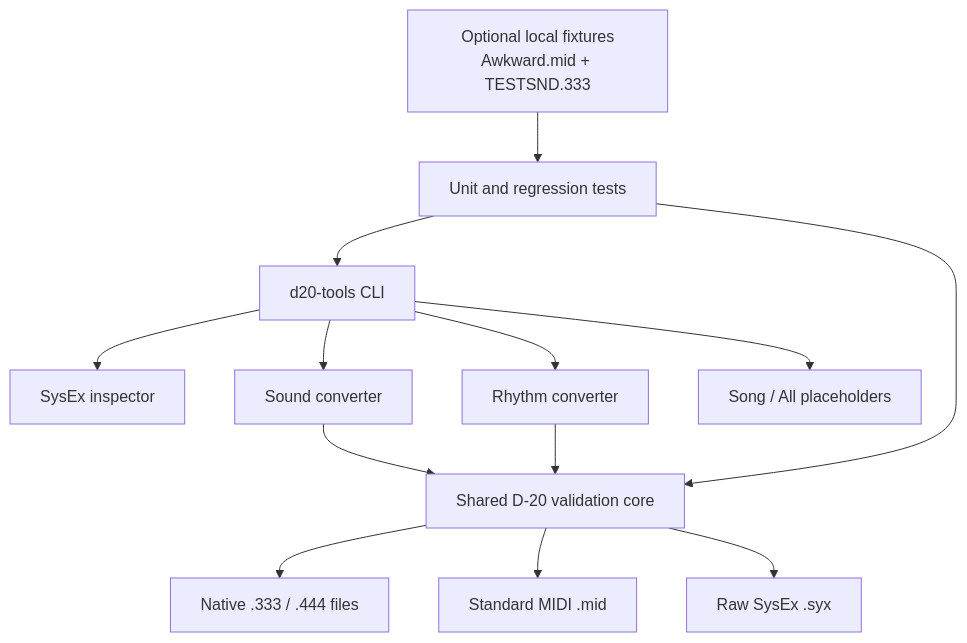
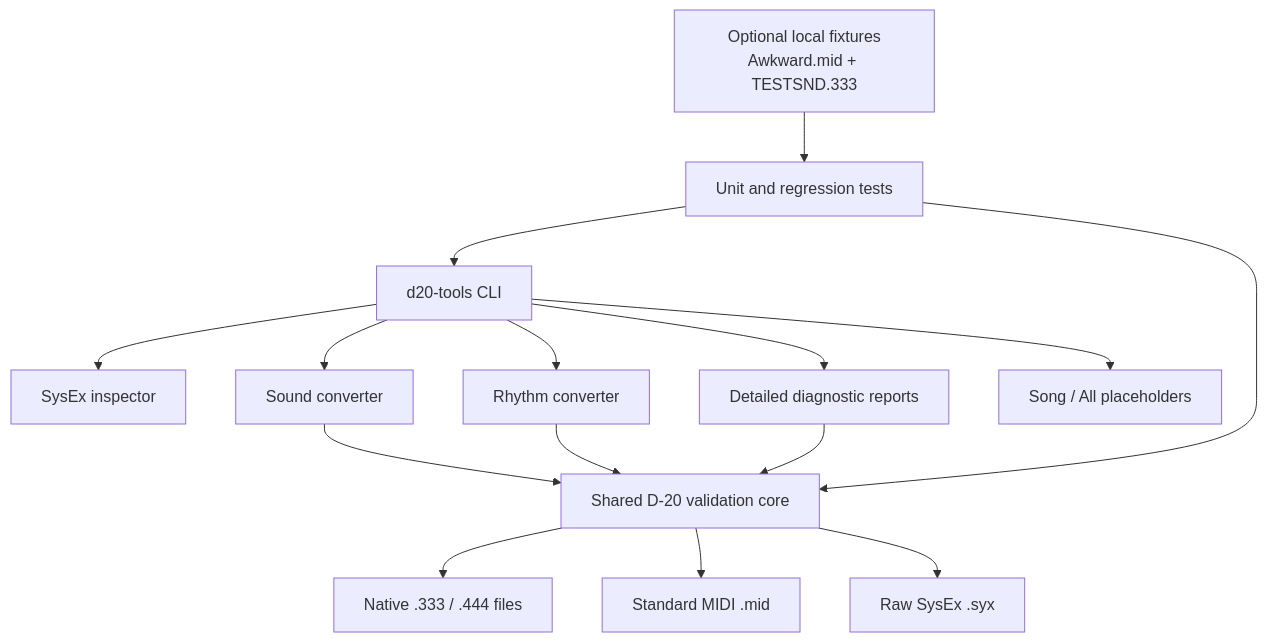
The diagram in docs/architecture.md (rjburrows/roland-d20-tools), drawn with Mermaid before and after one commit. The commit also changed other lines of this file and 9 other files, not shown here.

Commit message:
Add detailed D-20 diagnostic reports and address map

````diff
--- a/docs/architecture.md
+++ b/docs/architecture.md
@@ -3,15 +3,17 @@
 ```mermaid
 flowchart TD
     CLI[d20-tools CLI] --> I[SysEx inspector]
+    CLI --> D[Detailed diagnostic reports]
     CLI --> S[Sound converter]
     CLI --> R[Rhythm converter]
     CLI --> W[Song / All placeholders]
     S --> Core[Shared D-20 validation core]
     R --> Core
+    D --> Core
     Core --> Native[Native .333 / .444 files]
     Core --> Midi[Standard MIDI .mid]
     Core --> Syx[Raw SysEx .syx]
     Tests[Unit and regression tests] --> CLI
     Tests --> Core
     Local[Optional local fixtures\nAwkward.mid + TESTSND.333] --> Tests
 ```
````
